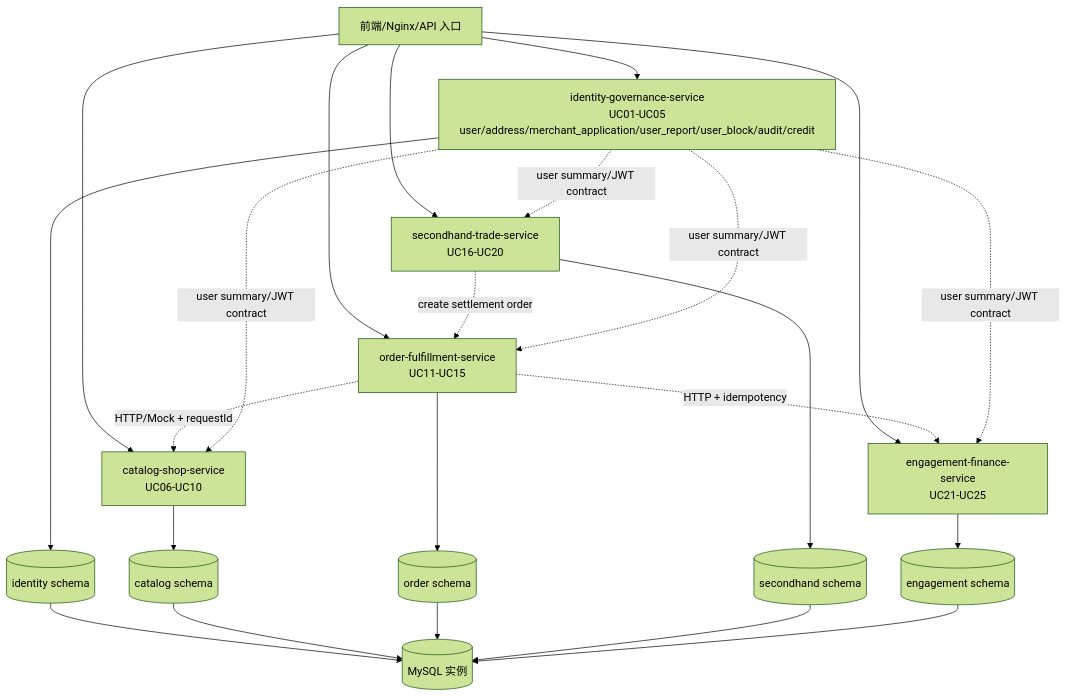
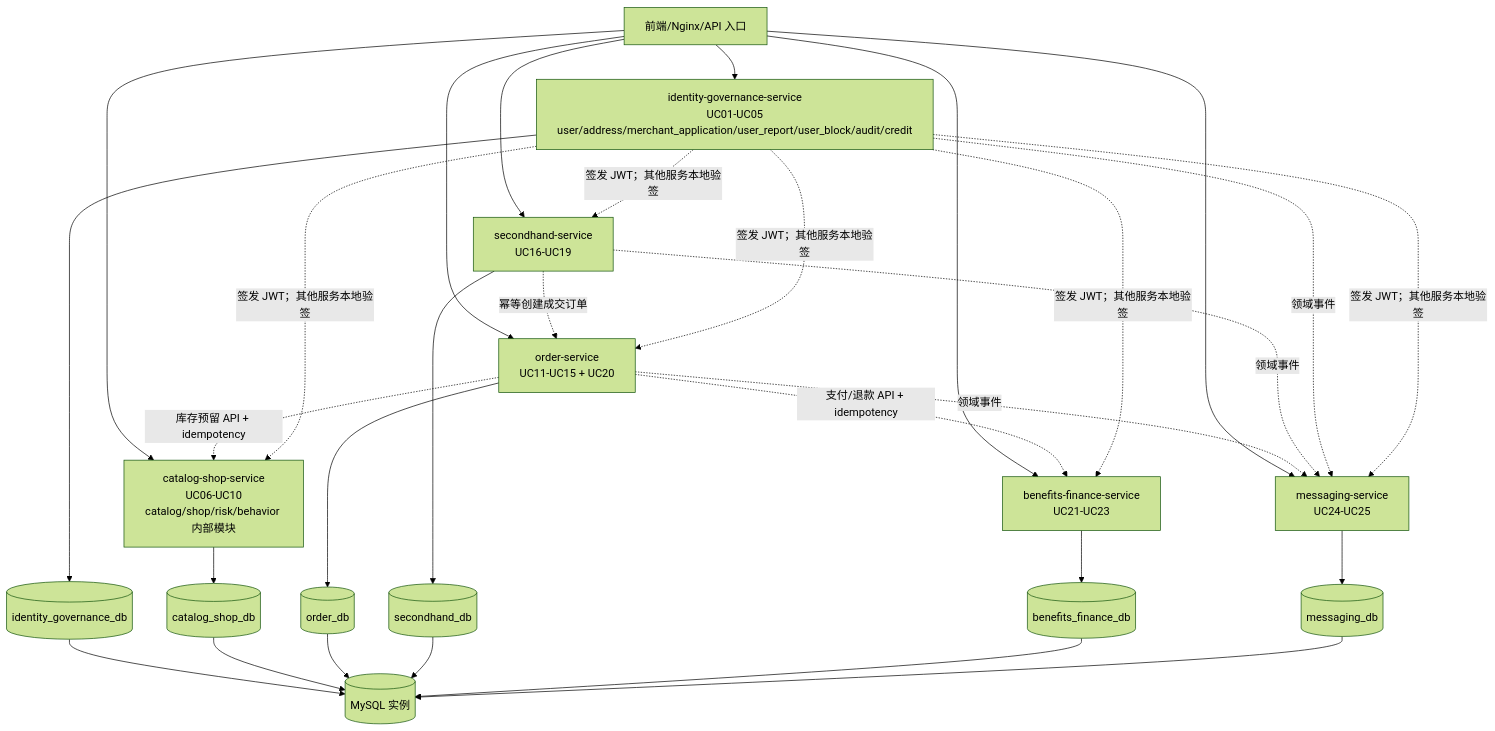
Before and after one commit to Isabella-Apus/SEGroup8: the second of 2 diagrams in 02_docs/UC01-UC05-系统级设计.md, drawn with Mermaid (forest theme). The commit also changed other lines of this file and 8 other files, not shown here.

```diff
--- a/02_docs/UC01-UC05-系统级设计.md
+++ b/02_docs/UC01-UC05-系统级设计.md
@@ -30,26 +32,30 @@
 ~~~mermaid
 flowchart TB
     Gateway[前端/Nginx/API 入口]
     Identity[identity-governance-service\nUC01-UC05\nuser/address/merchant_application/user_report/user_block/audit/credit]
-    Catalog[catalog-shop-service\nUC06-UC10]
-    Order[order-fulfillment-service\nUC11-UC15]
-    Secondhand[secondhand-trade-service\nUC16-UC20]
-    Engagement[engagement-finance-service\nUC21-UC25]
+    Catalog[catalog-shop-service\nUC06-UC10\ncatalog/shop/risk/behavior 内部模块]
+    Order[order-service\nUC11-UC15 + UC20]
+    Secondhand[secondhand-service\nUC16-UC19]
+    Benefits[benefits-finance-service\nUC21-UC23]
+    Messaging[messaging-service\nUC24-UC25]
     MySQL[(MySQL 实例)]
-    SchemaA[(identity schema)]
-    SchemaB[(catalog schema)]
-    SchemaC[(order schema)]
-    SchemaD[(secondhand schema)]
-    SchemaE[(engagement schema)]
-    Gateway --> Identity & Catalog & Order & Secondhand & Engagement
+    SchemaA[(identity_governance_db)]
+    SchemaB[(catalog_shop_db)]
+    SchemaC[(order_db)]
+    SchemaD[(secondhand_db)]
+    SchemaE[(benefits_finance_db)]
+    SchemaF[(messaging_db)]
+    Gateway --> Identity & Catalog & Order & Secondhand & Benefits & Messaging
     Identity --> SchemaA
     Catalog --> SchemaB
     Order --> SchemaC
     Secondhand --> SchemaD
-    Engagement --> SchemaE
-    SchemaA & SchemaB & SchemaC & SchemaD & SchemaE --> MySQL
-    Order -. HTTP/Mock + requestId .-> Catalog
-    Order -. HTTP + idempotency .-> Engagement
-    Secondhand -. create settlement order .-> Order
-    Identity -. user summary/JWT contract .-> Catalog & Order & Secondhand & Engagement
+    Benefits --> SchemaE
+    Messaging --> SchemaF
+    SchemaA & SchemaB & SchemaC & SchemaD & SchemaE & SchemaF --> MySQL
+    Order -. 库存预留 API + idempotency .-> Catalog
+    Order -. 支付/退款 API + idempotency .-> Benefits
+    Secondhand -. 幂等创建成交订单 .-> Order
+    Order & Secondhand & Identity -. 领域事件 .-> Messaging
+    Identity -. 签发 JWT；其他服务本地验签 .-> Catalog & Order & Secondhand & Benefits & Messaging
 ~~~
```
